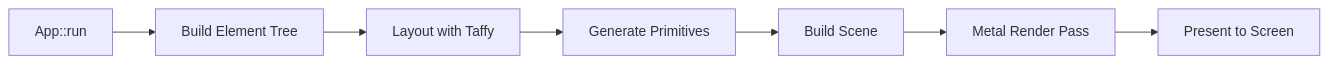
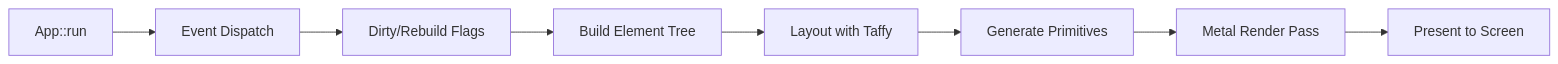
Before and after one commit to majiayu000/rui: the seventh of 11 diagrams in docs/ARCHITECTURE.md, drawn with Mermaid. The commit also changed other lines of this file and 12 other files, not shown here.

````diff
--- a/docs/ARCHITECTURE.md
+++ b/docs/ARCHITECTURE.md
@@ -204,9 +229,10 @@
 ```mermaid
 flowchart LR
-    A[App::run] --> B[Build Element Tree]
-    B --> C[Layout with Taffy]
-    C --> D[Generate Primitives]
-    D --> E[Build Scene]
-    E --> F[Metal Render Pass]
-    F --> G[Present to Screen]
+    A[App::run] --> B[Event Dispatch]
+    B --> C[Dirty/Rebuild Flags]
+    C --> D[Build Element Tree]
+    D --> E[Layout with Taffy]
+    E --> F[Generate Primitives]
+    F --> G[Metal Render Pass]
+    G --> H[Present to Screen]
 ```
````
